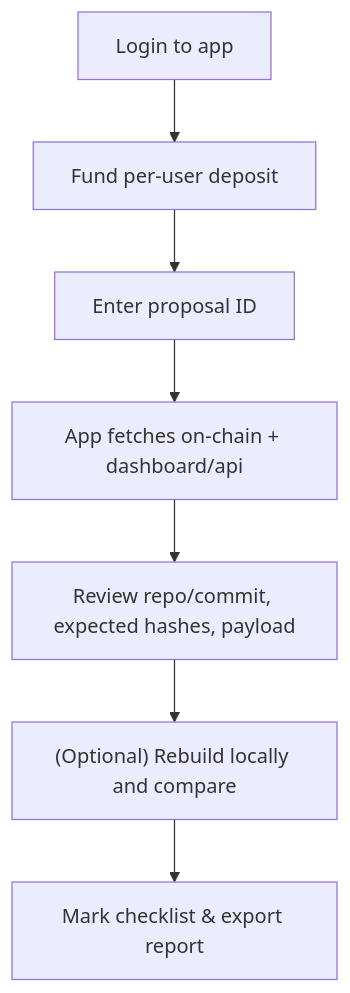
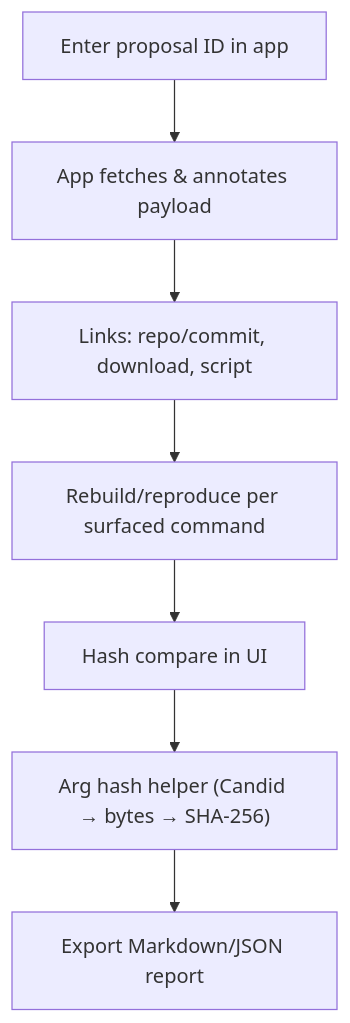
One commit to dickhery/proposal_verifier changed the second of 4 diagrams in GUIDE.md. Above: the diagram before and after it, drawn with Mermaid. The commit also changed other lines of this file, not shown here.

````diff
--- a/GUIDE.md
+++ b/GUIDE.md
@@ -148,9 +122,9 @@
 ```mermaid
 flowchart TD
-  A["Login to app"] --> B["Fund per-user deposit"]
-  B --> C["Enter proposal ID"]
-  C --> D["App fetches on-chain + dashboard/api"]
-  D --> E["Review repo/commit, expected hashes, payload"]
-  E --> F["(Optional) Rebuild locally and compare"]
-  F --> G["Mark checklist & export report"]
+  A["Enter proposal ID in app"] --> B["App fetches & annotates payload"]
+  B --> C["Links: repo/commit, download, script"]
+  C --> D["Rebuild/reproduce per surfaced command"]
+  D --> E["Hash compare in UI"]
+  E --> F["Arg hash helper (Candid → bytes → SHA-256)"]
+  F --> G["Export Markdown/JSON report"]
 ```
````
